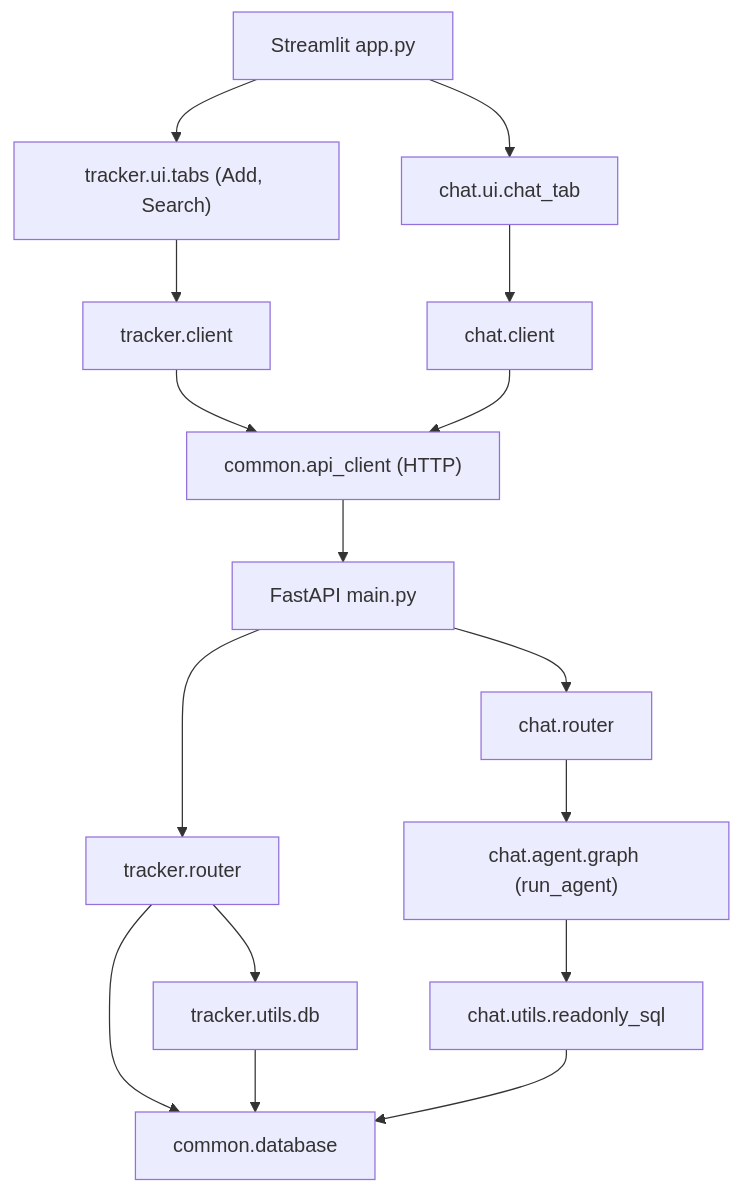
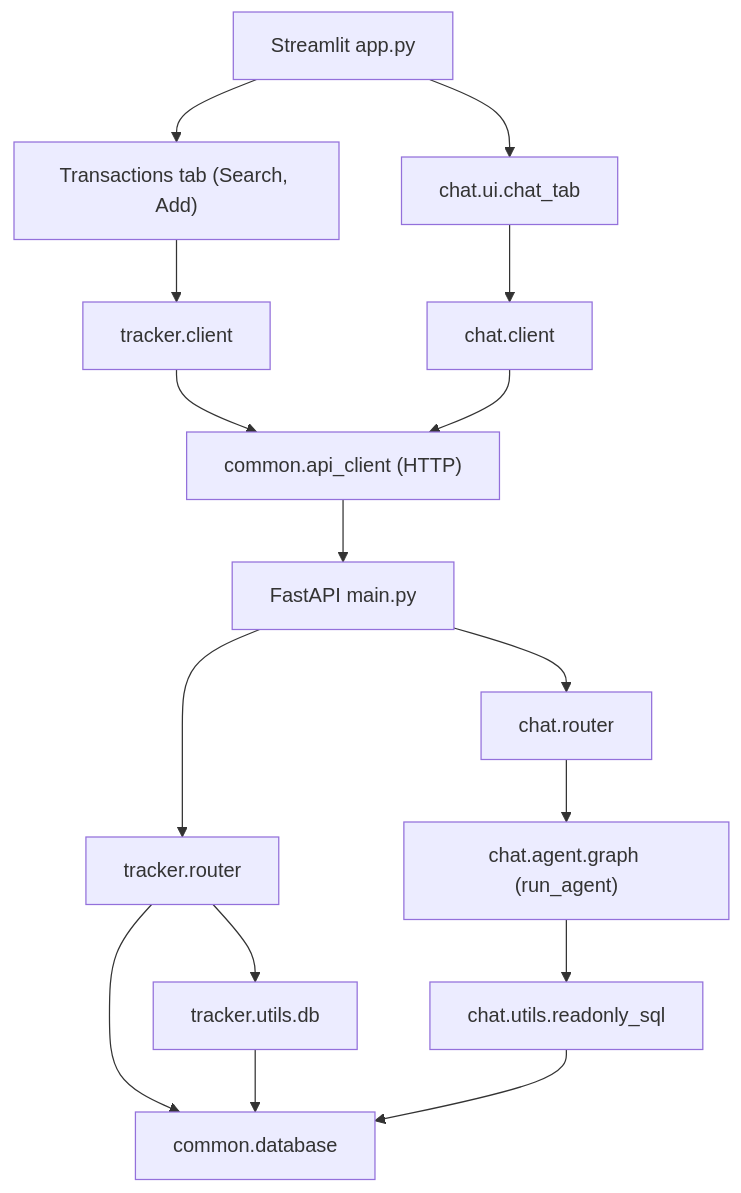
Before and after one commit to reddybharat/parsel: the diagram in ARCHITECTURE.md, drawn with Mermaid. The commit also changed other lines of this file and 1 other file, not shown here.

````diff
--- a/ARCHITECTURE.md
+++ b/ARCHITECTURE.md
@@ -65,18 +64,18 @@
 ```mermaid
 flowchart TD
-  streamlitApp["Streamlit app.py"] --> trackerUI["tracker.ui.tabs (Add, Search)"]
+  streamlitApp["Streamlit app.py"] --> trackerUI["Transactions tab (Search, Add)"]
   streamlitApp --> chatUI["chat.ui.chat_tab"]
   trackerUI --> trackerClient["tracker.client"]
   chatUI --> chatClient["chat.client"]
   trackerClient --> apiClient["common.api_client (HTTP)"]
   chatClient --> apiClient
   apiClient --> mainApp["FastAPI main.py"]
   mainApp --> trackerRouter["tracker.router"]
   mainApp --> chatRouter["chat.router"]
   trackerRouter --> commonDB["common.database"]
   trackerRouter --> trackerDb["tracker.utils.db"]
   trackerDb --> commonDB
   chatRouter --> chatAgent["chat.agent.graph (run_agent)"]
   chatAgent --> chatReadonly["chat.utils.readonly_sql"]
   chatReadonly --> commonDB
 ```
````
